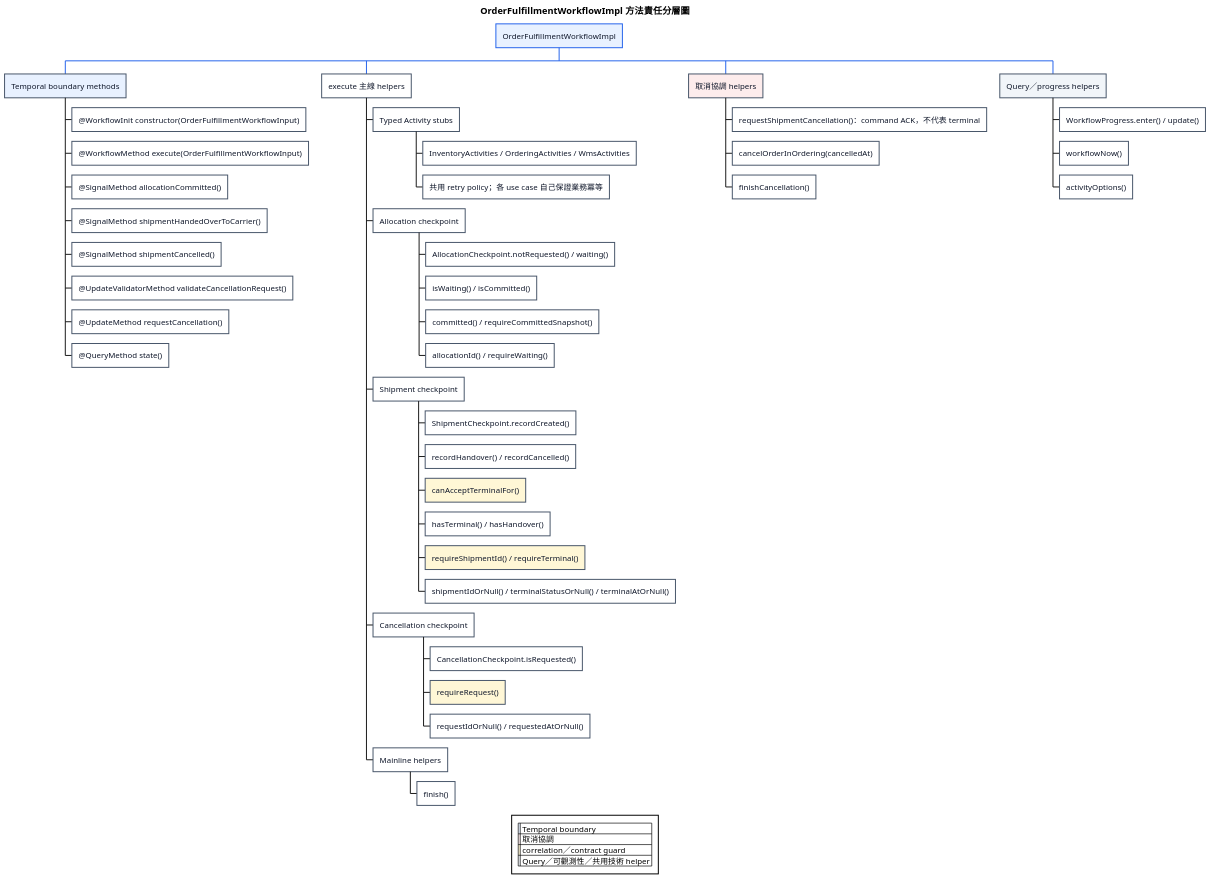
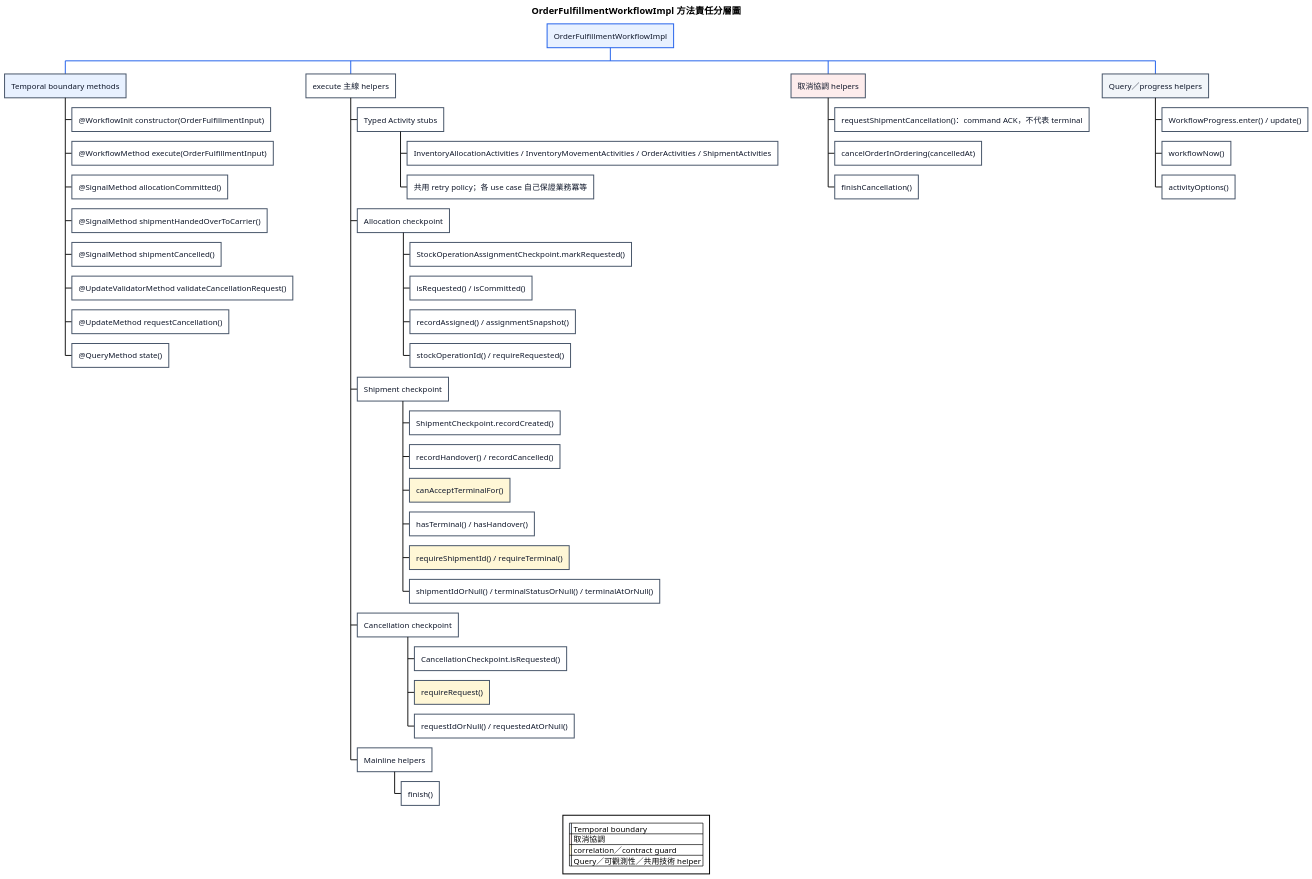
Before and after one commit to zhjiangexe/order-allocation-arch-demo: the diagram in docs/order-fulfillment-process-method-map.puml, drawn with PlantUML. The commit also changed 318 other files, not shown here.

```diff
--- a/docs/order-fulfillment-process-method-map.puml
+++ b/docs/order-fulfillment-process-method-map.puml
@@ -1,82 +1,82 @@
 @startwbs
 title OrderFulfillmentWorkflowImpl 方法責任分層圖
 
 skinparam defaultFontName "Heiti TC"
 skinparam dpi 150
 skinparam shadowing false
 skinparam backgroundColor white
 
 <style>
 wbsDiagram {
   node {
     BackgroundColor #FFFFFF
     LineColor #475569
     FontColor #0F172A
   }
   :depth(0) {
     BackgroundColor #E8F1FF
     LineColor #2563EB
   }
   .boundary {
     BackgroundColor #E8F1FF
   }
   .cancellation {
     BackgroundColor #FDECEC
   }
   .guard {
     BackgroundColor #FFF7D6
   }
   .projection {
     BackgroundColor #F1F5F9
   }
 }
 </style>
 
 * OrderFulfillmentWorkflowImpl
 ** Temporal boundary methods <<boundary>>
-*** @WorkflowInit constructor(OrderFulfillmentWorkflowInput)
-*** @WorkflowMethod execute(OrderFulfillmentWorkflowInput)
+*** @WorkflowInit constructor(OrderFulfillmentInput)
+*** @WorkflowMethod execute(OrderFulfillmentInput)
 *** @SignalMethod allocationCommitted()
 *** @SignalMethod shipmentHandedOverToCarrier()
 *** @SignalMethod shipmentCancelled()
 *** @UpdateValidatorMethod validateCancellationRequest()
 *** @UpdateMethod requestCancellation()
 *** @QueryMethod state()
 ** execute 主線 helpers
 *** Typed Activity stubs
-**** InventoryActivities / OrderingActivities / WmsActivities
+**** InventoryAllocationActivities / InventoryMovementActivities / OrderActivities / ShipmentActivities
 **** 共用 retry policy；各 use case 自己保證業務冪等
 *** Allocation checkpoint
-**** AllocationCheckpoint.notRequested() / waiting()
-**** isWaiting() / isCommitted()
-**** committed() / requireCommittedSnapshot()
-**** allocationId() / requireWaiting()
+**** StockOperationAssignmentCheckpoint.markRequested()
+**** isRequested() / isCommitted()
+**** recordAssigned() / assignmentSnapshot()
+**** stockOperationId() / requireRequested()
 *** Shipment checkpoint
 **** ShipmentCheckpoint.recordCreated()
 **** recordHandover() / recordCancelled()
 **** canAcceptTerminalFor() <<guard>>
 **** hasTerminal() / hasHandover()
 **** requireShipmentId() / requireTerminal() <<guard>>
 **** shipmentIdOrNull() / terminalStatusOrNull() / terminalAtOrNull()
 *** Cancellation checkpoint
 **** CancellationCheckpoint.isRequested()
 **** requireRequest() <<guard>>
 **** requestIdOrNull() / requestedAtOrNull()
 *** Mainline helpers
 **** finish()
 ** 取消協調 helpers <<cancellation>>
 *** requestShipmentCancellation()：command ACK，不代表 terminal
 *** cancelOrderInOrdering(cancelledAt)
 *** finishCancellation()
 ** Query／progress helpers <<projection>>
 *** WorkflowProgress.enter() / update()
 *** workflowNow()
 *** activityOptions()
 
 legend bottom
   |<#E8F1FF>| Temporal boundary |
   |<#FDECEC>| 取消協調 |
   |<#FFF7D6>| correlation／contract guard |
   |<#F1F5F9>| Query／可觀測性／共用技術 helper |
 endlegend
 @endwbs
```
